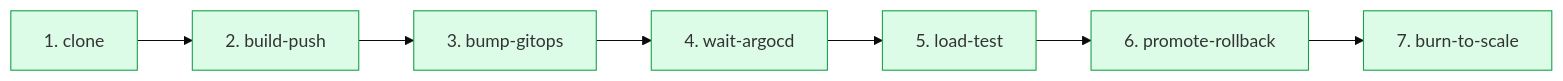
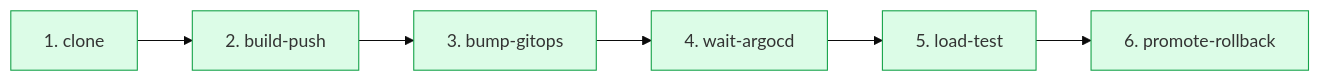
The first of 2 diagrams in README.md (Valentino-33/belo-infrabase-k3d), drawn with Mermaid (base theme) before and after one commit. The commit also changed other lines of this file and 9 other files, not shown here.

First line of the commit message:
refactor(pipeline): extract burn-to-scale to dedicated pipeline triggered by burn/<env> tag

````diff
--- a/README.md
+++ b/README.md
@@ -275,12 +307,11 @@
 ```mermaid
 flowchart LR
     A[1. clone] --> B[2. build-push]
     B --> C[3. bump-gitops]
     C --> D[4. wait-argocd]
     D --> E[5. load-test]
     E --> F[6. promote-rollback]
-    F --> G[7. burn-to-scale]
 
     classDef done fill:#dcfce7,stroke:#16a34a
-    class A,B,C,D,E,F,G done
+    class A,B,C,D,E,F done
 ```
````
